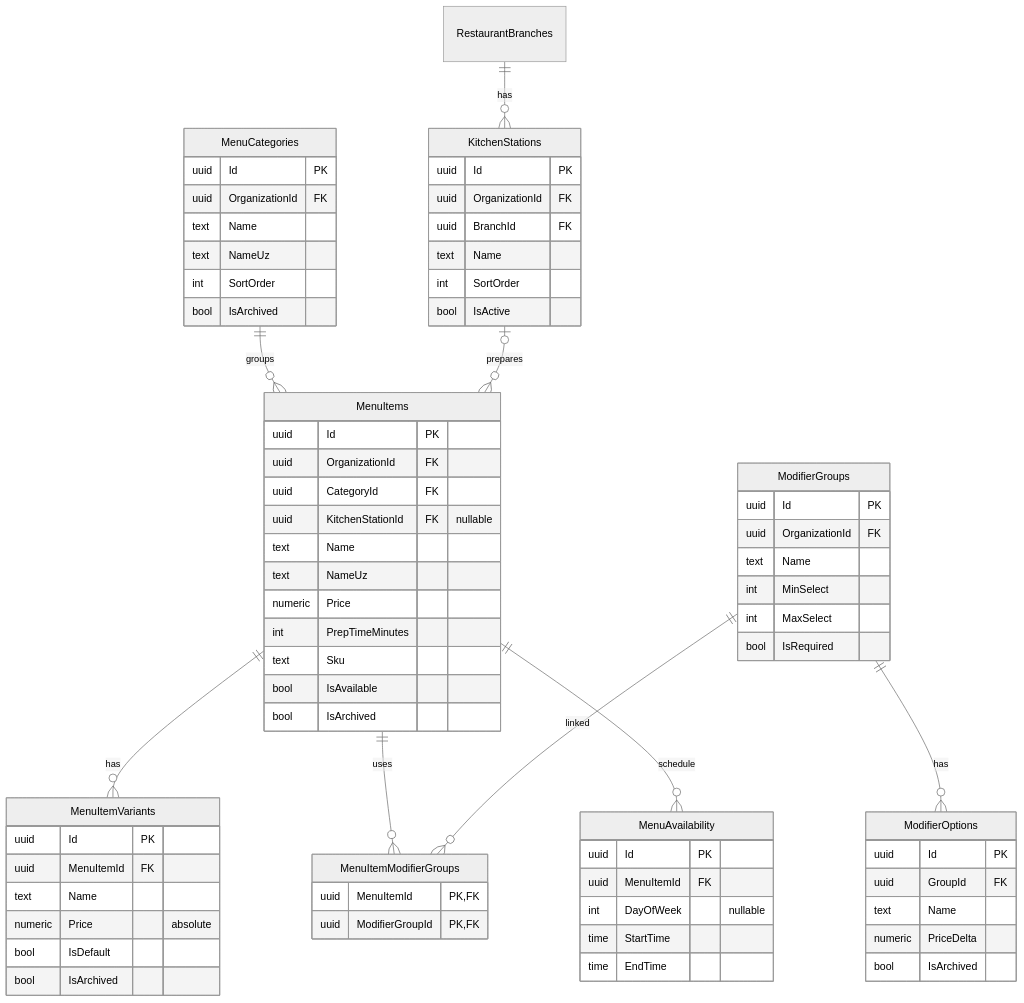
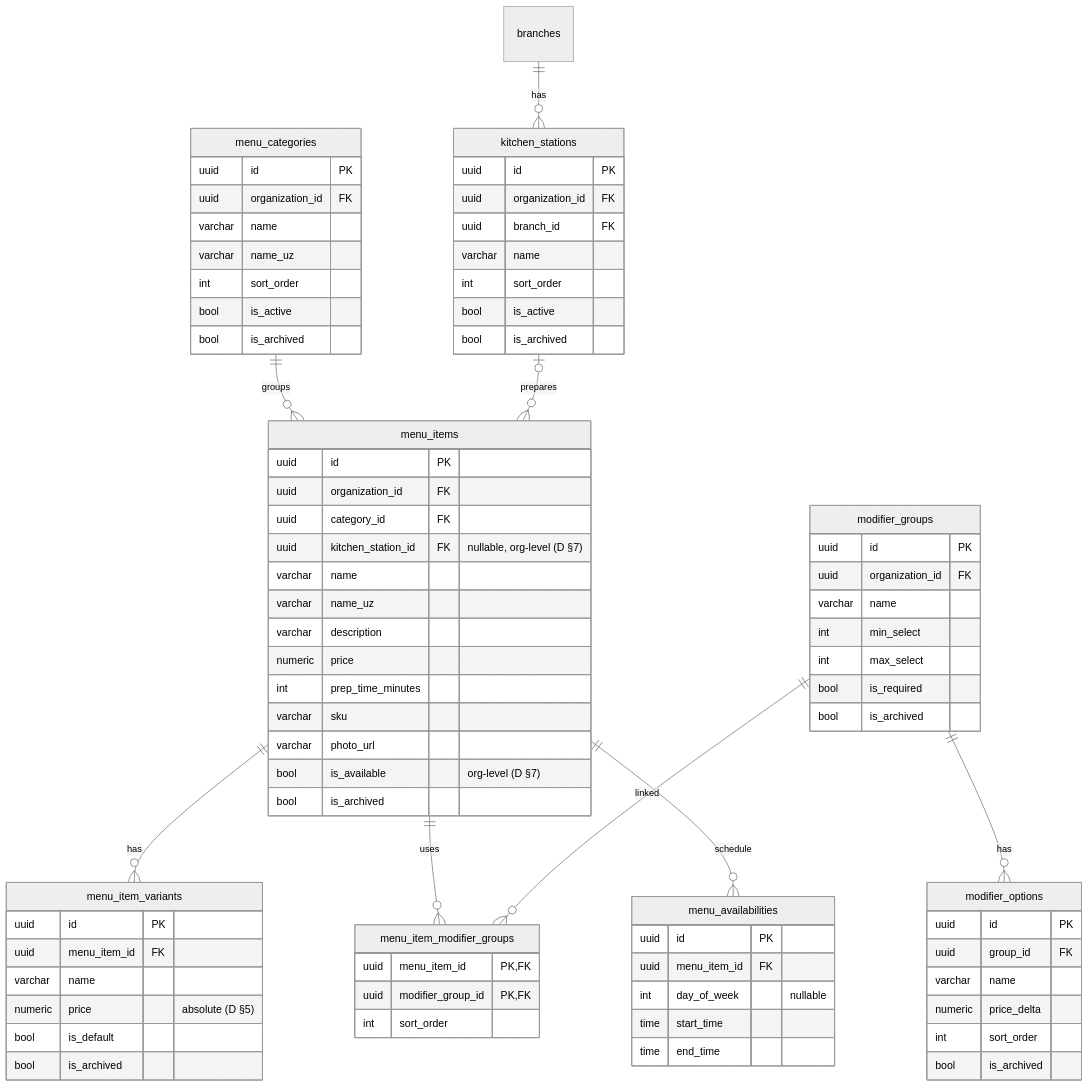
The third of 4 diagrams in docs/database/ERD.md (Urgenchbayev-Alibek/respos), drawn with Mermaid (neutral theme) before and after one commit. The commit also changed other lines of this file and 15 other files, not shown here.

Commit message:
docs: sync business rules, ERD, ADRs, overview, deployment, README with implementation

````diff
--- a/docs/database/ERD.md
+++ b/docs/database/ERD.md
@@ -227,75 +249,82 @@
 ```mermaid
 erDiagram
-  MenuCategories ||--o{ MenuItems : groups
-  MenuItems ||--o{ MenuItemVariants : has
-  MenuItems ||--o{ MenuItemModifierGroups : uses
-  ModifierGroups ||--o{ MenuItemModifierGroups : linked
-  ModifierGroups ||--o{ ModifierOptions : has
-  MenuItems ||--o{ MenuAvailability : schedule
-  KitchenStations |o--o{ MenuItems : prepares
-  RestaurantBranches ||--o{ KitchenStations : has
+  menu_categories ||--o{ menu_items : groups
+  menu_items ||--o{ menu_item_variants : has
+  menu_items ||--o{ menu_item_modifier_groups : uses
+  modifier_groups ||--o{ menu_item_modifier_groups : linked
+  modifier_groups ||--o{ modifier_options : has
+  menu_items ||--o{ menu_availabilities : schedule
+  kitchen_stations |o--o{ menu_items : prepares
+  branches ||--o{ kitchen_stations : has
 
-  MenuCategories {
-    uuid Id PK
-    uuid OrganizationId FK
-    text Name
-    text NameUz
-    int SortOrder
-    bool IsArchived
+  menu_categories {
+    uuid id PK
+    uuid organization_id FK
+    varchar name
+    varchar name_uz
+    int sort_order
+    bool is_active
+    bool is_archived
   }
-  MenuItems {
-    uuid Id PK
-    uuid OrganizationId FK
-    uuid CategoryId FK
-    uuid KitchenStationId FK "nullable"
-    text Name
-    text NameUz
-    numeric Price
-    int PrepTimeMinutes
-    text Sku
-    bool IsAvailable
-    bool IsArchived
+  menu_items {
+    uuid id PK
+    uuid organization_id FK
+    uuid category_id FK
+    uuid kitchen_station_id FK "nullable, org-level (D §7)"
+    varchar name
+    varchar name_uz
+    varchar description
+    numeric price
+    int prep_time_minutes
+    varchar sku
+    varchar photo_url
+    bool is_available "org-level (D §7)"
+    bool is_archived
   }
-  MenuItemVariants {
-    uuid Id PK
-    uuid MenuItemId FK
-    text Name
-    numeric Price "absolute"
-    bool IsDefault
-    bool IsArchived
+  menu_item_variants {
+    uuid id PK
+    uuid menu_item_id FK
+    varchar name
+    numeric price "absolute (D §5)"
+    bool is_default
+    bool is_archived
   }
-  ModifierGroups {
-    uuid Id PK
-    uuid OrganizationId FK
-    text Name
-    int MinSelect
-    int MaxSelect
-    bool IsRequired
+  modifier_groups {
+    uuid id PK
+    uuid organization_id FK
+    varchar name
+    int min_select
+    int max_select
+    bool is_required
+    bool is_archived
   }
-  MenuItemModifierGroups {
-    uuid MenuItemId PK,FK
-    uuid ModifierGroupId PK,FK
+  menu_item_modifier_groups {
+    uuid menu_item_id PK,FK
+    uuid modifier_group_id PK,FK
+    int sort_order
   }
-  ModifierOptions {
-    uuid Id PK
-    uuid GroupId FK
-    text Name
-    numeric PriceDelta
-    bool IsArchived
+  modifier_options {
+    uuid id PK
+    uuid group_id FK
+    varchar name
+    numeric price_delta
+    int sort_order
+    bool is_archived
   }
-  MenuAvailability {
-    uuid Id PK
-    uuid MenuItemId FK
-    int DayOfWeek "nullable"
-    time StartTime
-    time EndTime
+  menu_availabilities {
+    uuid id PK
+    uuid menu_item_id FK
+    int day_of_week "nullable"
+    time start_time
+    time end_time
   }
-  KitchenStations {
-    uuid Id PK
-    uuid OrganizationId FK
-    uuid BranchId FK
-    text Name
-    int SortOrder
-    bool IsActive
+  kitchen_stations {
+    uuid id PK
+    uuid organization_id FK
+    uuid branch_id FK
+    varchar name
+    int sort_order
+    bool is_active
+    bool is_archived
   }
 ```
````
